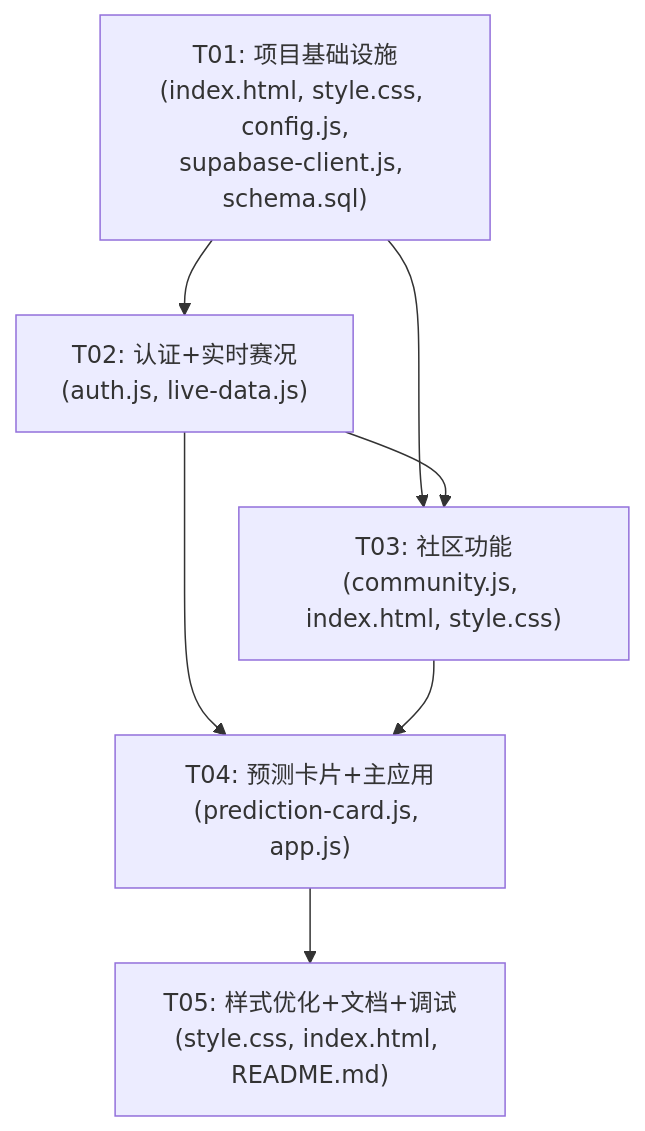
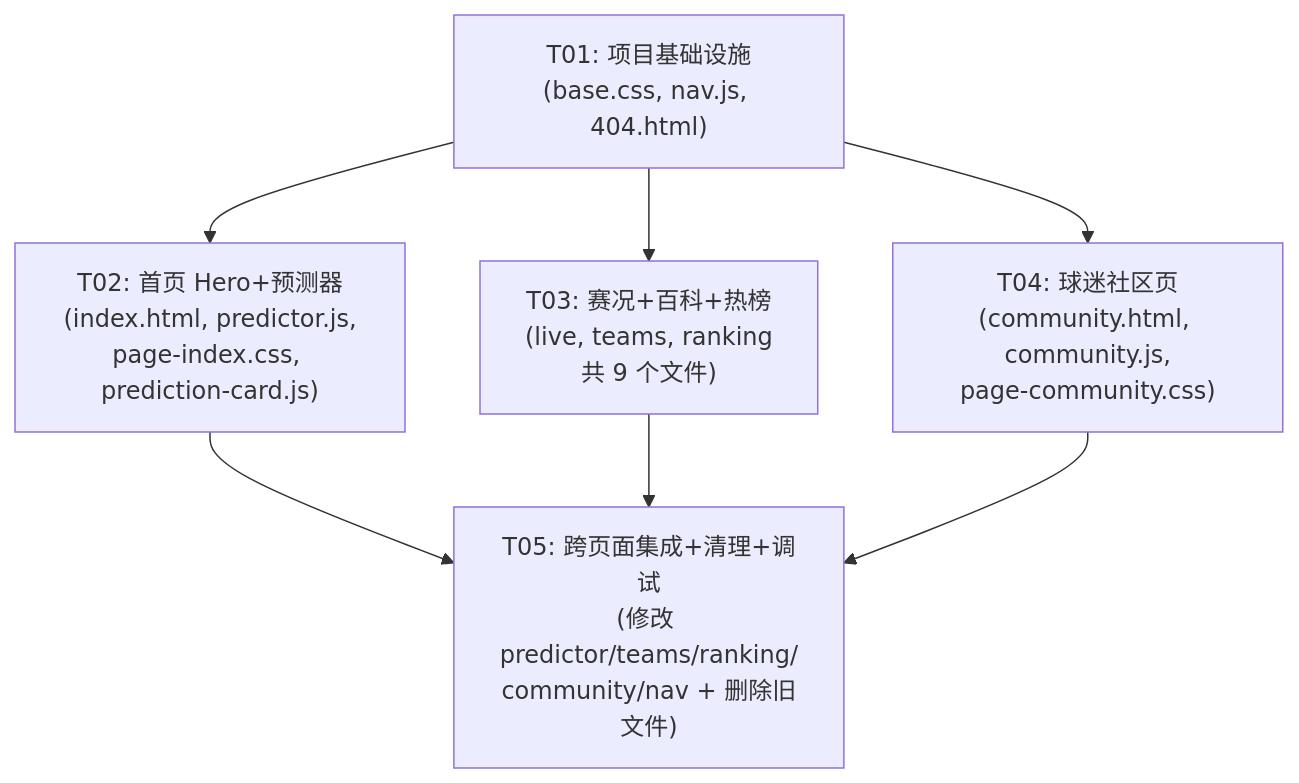
Before and after one commit to jyuxin1997-arch/mbti-cosmos: the sixth of 6 diagrams in docs/ARCHITECTURE.md, drawn with Mermaid. The commit also changed other lines of this file and 25 other files, not shown here.

````diff
--- a/docs/ARCHITECTURE.md
+++ b/docs/ARCHITECTURE.md
@@ -630,15 +840,15 @@
 ```mermaid
 graph TD
-    T01["T01: 项目基础设施<br/>(index.html, style.css, config.js,<br/>supabase-client.js, schema.sql)"]
-    T02["T02: 认证+实时赛况<br/>(auth.js, live-data.js)"]
-    T03["T03: 社区功能<br/>(community.js, index.html, style.css)"]
-    T04["T04: 预测卡片+主应用<br/>(prediction-card.js, app.js)"]
-    T05["T05: 样式优化+文档+调试<br/>(style.css, index.html, README.md)"]
+    T01["T01: 项目基础设施<br/>(base.css, nav.js, 404.html)"]
+    T02["T02: 首页 Hero+预测器<br/>(index.html, predictor.js,<br/>page-index.css, prediction-card.js)"]
+    T03["T03: 赛况+百科+热榜<br/>(live, teams, ranking<br/>共 9 个文件)"]
+    T04["T04: 球迷社区页<br/>(community.html, community.js,<br/>page-community.css)"]
+    T05["T05: 跨页面集成+清理+调试<br/>(修改 predictor/teams/ranking/<br/>community/nav + 删除旧文件)"]
 
     T01 --> T02
     T01 --> T03
-    T02 --> T03
-    T02 --> T04
-    T03 --> T04
+    T01 --> T04
+    T02 --> T05
+    T03 --> T05
     T04 --> T05
 ```
````
